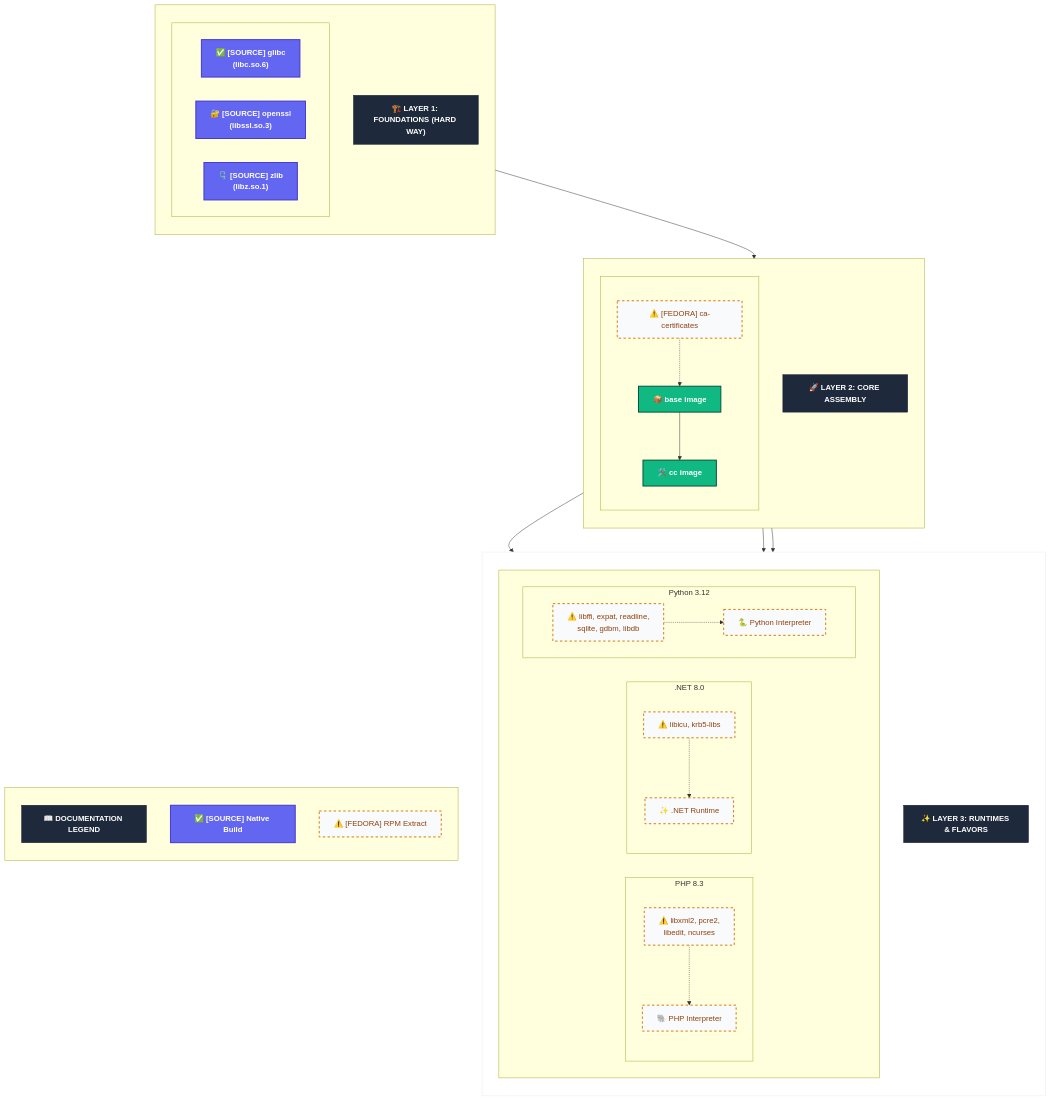
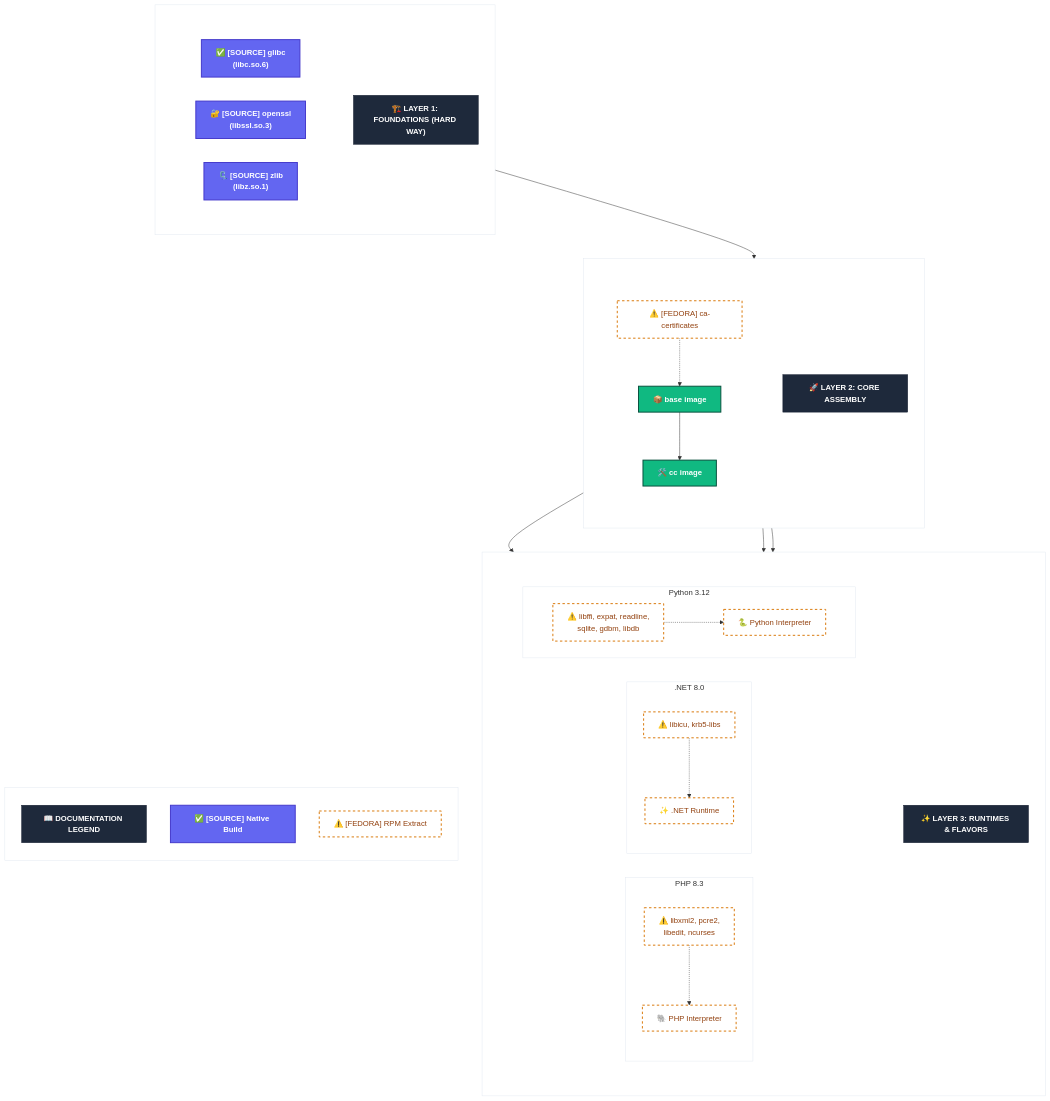
One commit to mbuccarello/distroless-the-hard-way changed the diagram in docs/mermaid/lib-hierarchy.mmd. Above: the diagram before and after it, drawn with Mermaid. The commit also changed 1 other file, not shown here.

```diff
--- a/docs/mermaid/lib-hierarchy.mmd
+++ b/docs/mermaid/lib-hierarchy.mmd
@@ -1,89 +1,96 @@
 graph TB
     %% Modern Enterprise Design System
     classDef source fill:#6366f1,stroke:#4338ca,color:#fff,stroke-width:2px,font-weight:bold;
-    classDef fedora fill:#f8fafc,stroke:#d97706,color:#92400e,stroke-width:2px,stroke-dasharray: 5 5;
+    classDef fedora fill:#ffffff,stroke:#d97706,color:#92400e,stroke-width:2px,stroke-dasharray: 5 5;
     classDef image fill:#10b981,stroke:#064e3b,color:#fff,stroke-width:2px,font-weight:bold;
     classDef header fill:#1e293b,stroke:#0f172a,color:#fff,font-weight:bold,font-size:16px;
-    classDef container fill:#ffffff,stroke:#e2e8f0,stroke-width:1px;
 
-    %% Main Layout
+    %% Foundations
     subgraph L1_Cont [" "]
         direction TB
         h1["🏗️ LAYER 1: FOUNDATIONS (HARD WAY)"]:::header
         
         subgraph L1_Content ["&nbsp;"]
             direction LR
             glibc["✅ [SOURCE] glibc<br/>(libc.so.6)"]
             openssl["🔐 [SOURCE] openssl<br/>(libssl.so.3)"]
             zlib["🗜️ [SOURCE] zlib<br/>(libz.so.1)"]
         end
     end
-    class L1_Cont container;
+    style L1_Cont fill:#ffffff,stroke:#e2e8f0,stroke-width:1px;
+    style L1_Content fill:#ffffff,stroke:none;
 
+    %% Assembly
     subgraph L2_Cont [" "]
         direction TB
         h2["🚀 LAYER 2: CORE ASSEMBLY"]:::header
         
         subgraph L2_Content ["&nbsp;"]
             direction TB
             cacert["⚠️ [FEDORA] ca-certificates"]
             base["📦 base image"]
             cc["🛠️ cc image"]
             
             cacert -.-> base
             base --> cc
         end
     end
-    class L2_Cont container;
+    style L2_Cont fill:#ffffff,stroke:#e2e8f0,stroke-width:1px;
+    style L2_Content fill:#ffffff,stroke:none;
 
+    %% Runtimes
     subgraph L3_Cont [" "]
         direction TB
         h3["✨ LAYER 3: RUNTIMES & FLAVORS"]:::header
         
         subgraph L3_Content ["&nbsp;"]
             direction LR
             
             subgraph PHP ["PHP 8.3"]
                 php_libs["⚠️ libxml2, pcre2,<br/>libedit, ncurses"]
                 php_bin["🐘 PHP Interpreter"]
                 php_libs -.-> php_bin
             end
 
             subgraph Dotnet [".NET 8.0"]
                 dotnet_libs["⚠️ libicu, krb5-libs"]
                 dotnet_bin["✨ .NET Runtime"]
                 dotnet_libs -.-> dotnet_bin
             end
 
             subgraph Python ["Python 3.12"]
                 py_libs["⚠️ libffi, expat, readline,<br/>sqlite, gdbm, libdb"]
                 py_bin["🐍 Python Interpreter"]
                 py_libs -.-> py_bin
             end
         end
     end
-    class L3_Cont container;
+    style L3_Cont fill:#ffffff,stroke:#e2e8f0,stroke-width:1px;
+    style L3_Content fill:#ffffff,stroke:none;
+    style PHP fill:#ffffff,stroke:#e2e8f0;
+    style Dotnet fill:#ffffff,stroke:#e2e8f0;
+    style Python fill:#ffffff,stroke:#e2e8f0;
 
     %% Isolated Legend
     subgraph Legend_Cont [" "]
         direction TB
         hl["📖 DOCUMENTATION LEGEND"]:::header
         l1["✅ [SOURCE] Native Build"]:::source
         l2["⚠️ [FEDORA] RPM Extract"]:::fedora
     end
-    class Legend_Cont container;
+    style Legend_Cont fill:#ffffff,stroke:#e2e8f0,stroke-width:1px;
 
     %% Global Connections
     L1_Content --> base
     cc --> PHP
     cc --> Dotnet
     cc --> Python
 
     %% Applying Classes
     class glibc,openssl,zlib source;
     class cacert,php_bin,php_libs,dotnet_bin,dotnet_libs,py_bin,py_libs fedora;
     class base,cc image;
 
     %% Spacing Hacks
     L1_Cont ~~~ Legend_Cont
     L2_Cont ~~~ Legend_Cont
```
